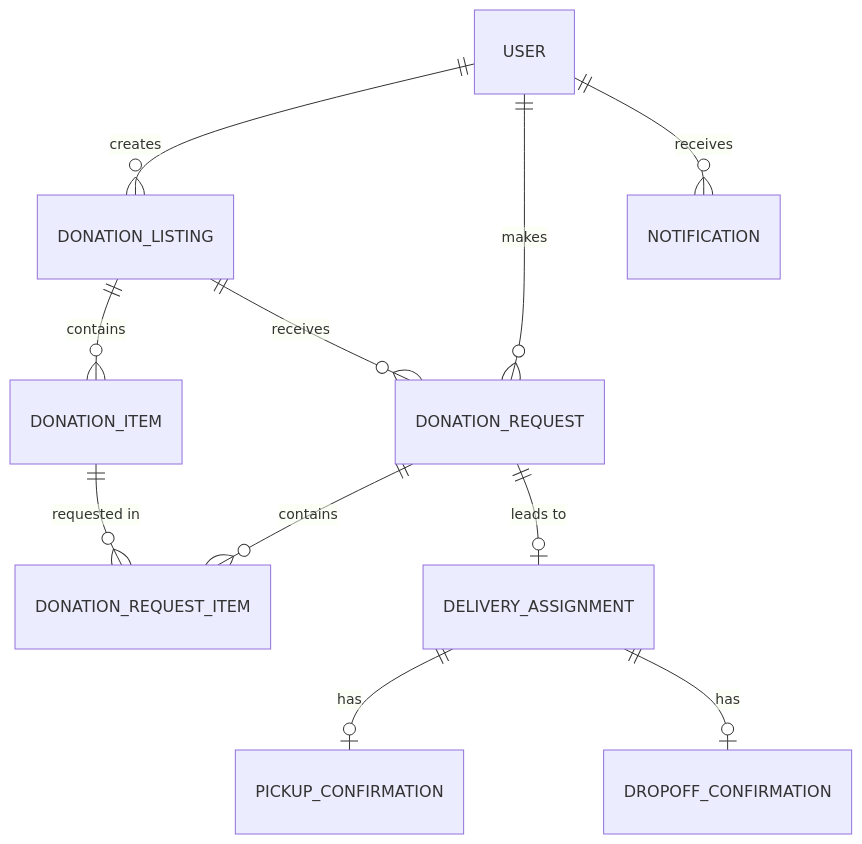
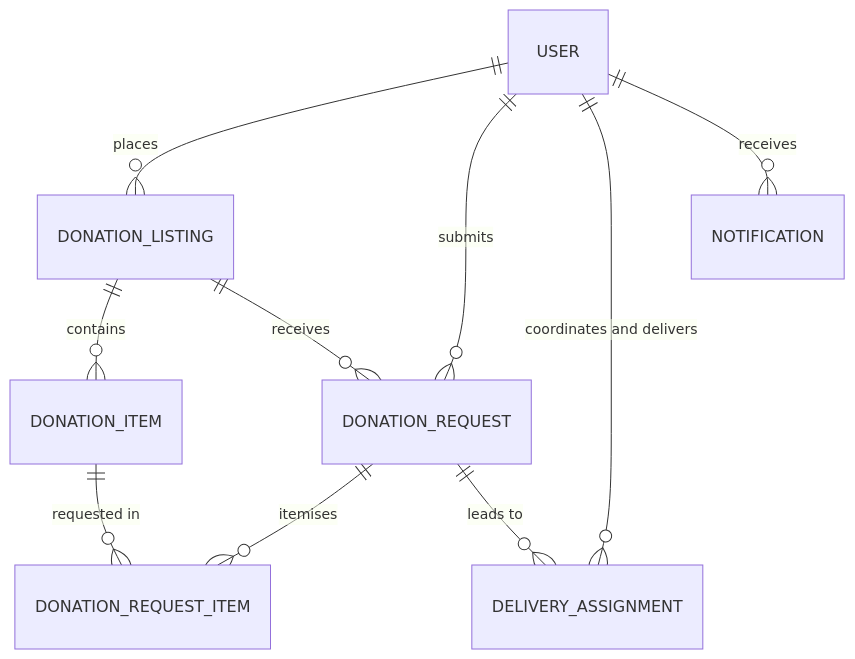
The diagram in docs/03-database-design.md (ViduraMC/EatMe), drawn with Mermaid before and after one commit. The commit also changed other lines of this file and 1 other file, not shown here.

First line of the commit message:
docs(db): add er diagram and align schema doc to seven entities

````diff
--- a/docs/03-database-design.md
+++ b/docs/03-database-design.md
@@ -27,13 +15,12 @@
 ```mermaid
 erDiagram
-    USER ||--o{ DONATION_LISTING : creates
+    USER ||--o{ DONATION_LISTING : places
+    USER ||--o{ DONATION_REQUEST : submits
+    USER ||--o{ DELIVERY_ASSIGNMENT : "coordinates and delivers"
+    USER ||--o{ NOTIFICATION : receives
     DONATION_LISTING ||--o{ DONATION_ITEM : contains
-    USER ||--o{ DONATION_REQUEST : makes
     DONATION_LISTING ||--o{ DONATION_REQUEST : receives
-    DONATION_REQUEST ||--o{ DONATION_REQUEST_ITEM : contains
+    DONATION_REQUEST ||--o{ DONATION_REQUEST_ITEM : itemises
     DONATION_ITEM ||--o{ DONATION_REQUEST_ITEM : "requested in"
-    DONATION_REQUEST ||--o| DELIVERY_ASSIGNMENT : "leads to"
-    DELIVERY_ASSIGNMENT ||--o| PICKUP_CONFIRMATION : has
-    DELIVERY_ASSIGNMENT ||--o| DROPOFF_CONFIRMATION : has
-    USER ||--o{ NOTIFICATION : receives
+    DONATION_REQUEST ||--o{ DELIVERY_ASSIGNMENT : "leads to"
 ```
````
